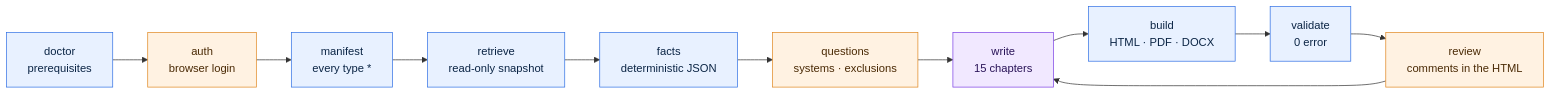
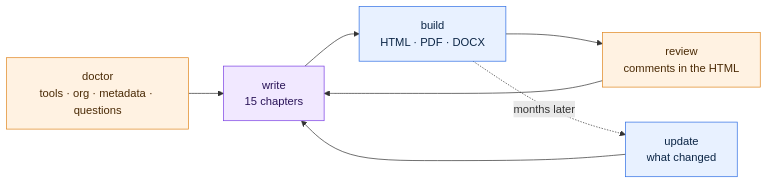
The diagram in README.md (azamiji/TADForce), drawn with Mermaid before and after one commit. The commit also changed other lines of this file and 54 other files, not shown here.

First line of the commit message:
TADForce 0.2.0: doctor, build, review, update

````diff
--- a/README.md
+++ b/README.md
@@ -97,16 +100,12 @@
 ```mermaid
 flowchart LR
-  A["doctor<br>prerequisites"]:::s --> B["auth<br>browser login"]:::h
-  B --> C["manifest<br>every type *"]:::s
-  C --> D["retrieve<br>read-only snapshot"]:::s
-  D --> E["facts<br>deterministic JSON"]:::s
-  E --> F["questions<br>systems · exclusions"]:::h
-  F --> G["write<br>15 chapters"]:::a
-  G --> H["build<br>HTML · PDF · DOCX"]:::s
-  H --> I["validate<br>0 error"]:::s
-  I --> J["review<br>comments in the HTML"]:::h
-  J --> G
+  A["doctor<br>tools · org · metadata · questions"]:::h --> B["write<br>15 chapters"]:::a
+  B --> C["build<br>HTML · PDF · DOCX"]:::s
+  C --> D["review<br>comments in the HTML"]:::h
+  D --> B
+  C -. months later .-> E["update<br>what changed"]:::s
+  E --> B
   classDef s fill:#E8F1FF,stroke:#2F6FE4,color:#0B2545
   classDef a fill:#F1E8FF,stroke:#7B3FE4,color:#2A1458
   classDef h fill:#FFF2E2,stroke:#E0861F,color:#4A2A05
 ```
````
